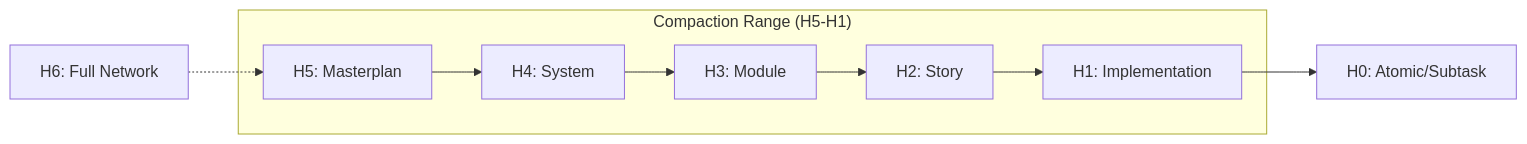
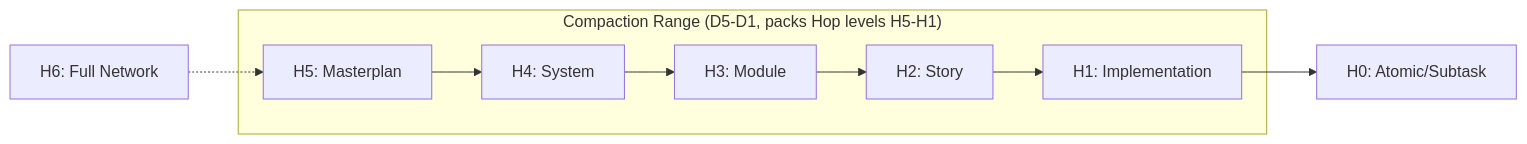
Before and after one commit to Freshair129/govibe: the second of 2 diagrams in docs/architecture/SDD-Genesis-Block.md, drawn with Mermaid. The commit also changed other lines of this file and 7 other files, not shown here.

````diff
--- a/docs/architecture/SDD-Genesis-Block.md
+++ b/docs/architecture/SDD-Genesis-Block.md
@@ -56,17 +56,17 @@
 ```mermaid
 graph LR
     H6[H6: Full Network] -.-> H5[H5: Masterplan]
     H5 --> H4[H4: System]
     H4 --> H3[H3: Module]
     H3 --> H2[H2: Story]
     H2 --> H1[H1: Implementation]
     H1 --> H0[H0: Atomic/Subtask]
     
-    subgraph "Compaction Range (H5-H1)"
+    subgraph "Compaction Range (D5-D1, packs Hop levels H5-H1)"
     H5
     H4
     H3
     H2
     H1
     end
 ```
````
